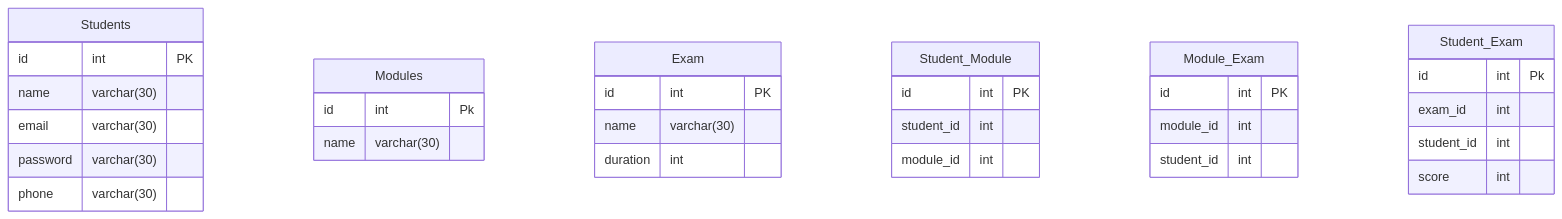
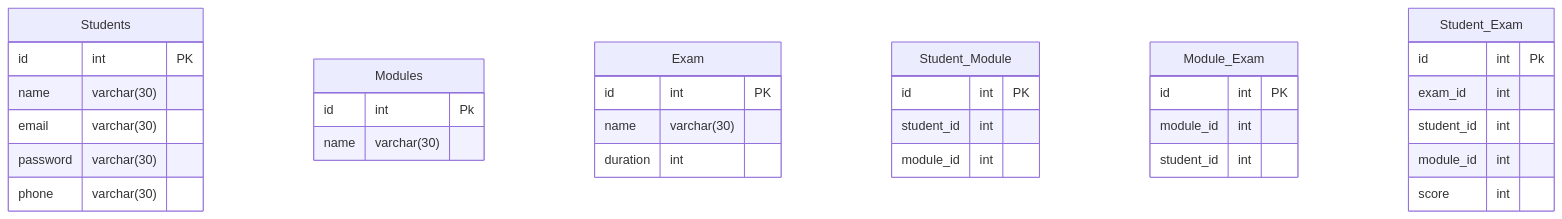
The eighth of 8 diagrams in target/classes/com/example/institute/README.md (NIKHILSHADOW/design-problems), drawn with Mermaid before and after one commit. The commit also changed other lines of this file and 1 other file, not shown here.

Commit message:
corrected-schema

````diff
--- a/target/classes/com/example/institute/README.md
+++ b/target/classes/com/example/institute/README.md
@@ -217,47 +216,48 @@
 ```mermaid
 
     erDiagram
 
     Students {
         id int PK
         name varchar(30)
         email varchar(30)
         password varchar(30)
         phone varchar(30)
     }
 
     Modules {
         id int Pk
         name varchar(30)
     }
 
     Exam {
         id int PK
         name varchar(30)
         duration int
     }
 
     Student_Module {
         id int PK
         student_id int
         module_id int
     }
 
     Module_Exam {
         id int PK
         module_id int
         student_id int
     }
 
 
     Student_Exam {
         id int Pk
         exam_id int
         student_id int
+        module_id int
         score int
     }
 
 
 
 
 ```
````
